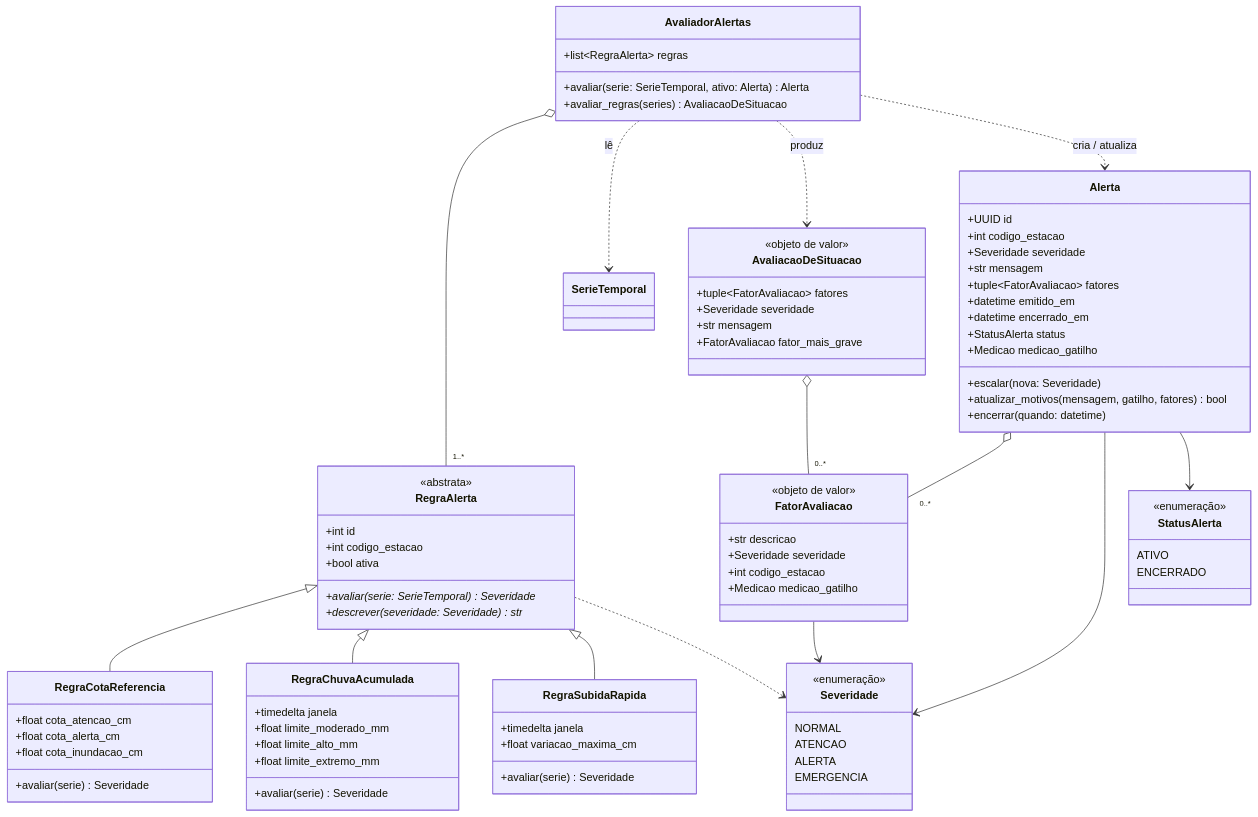
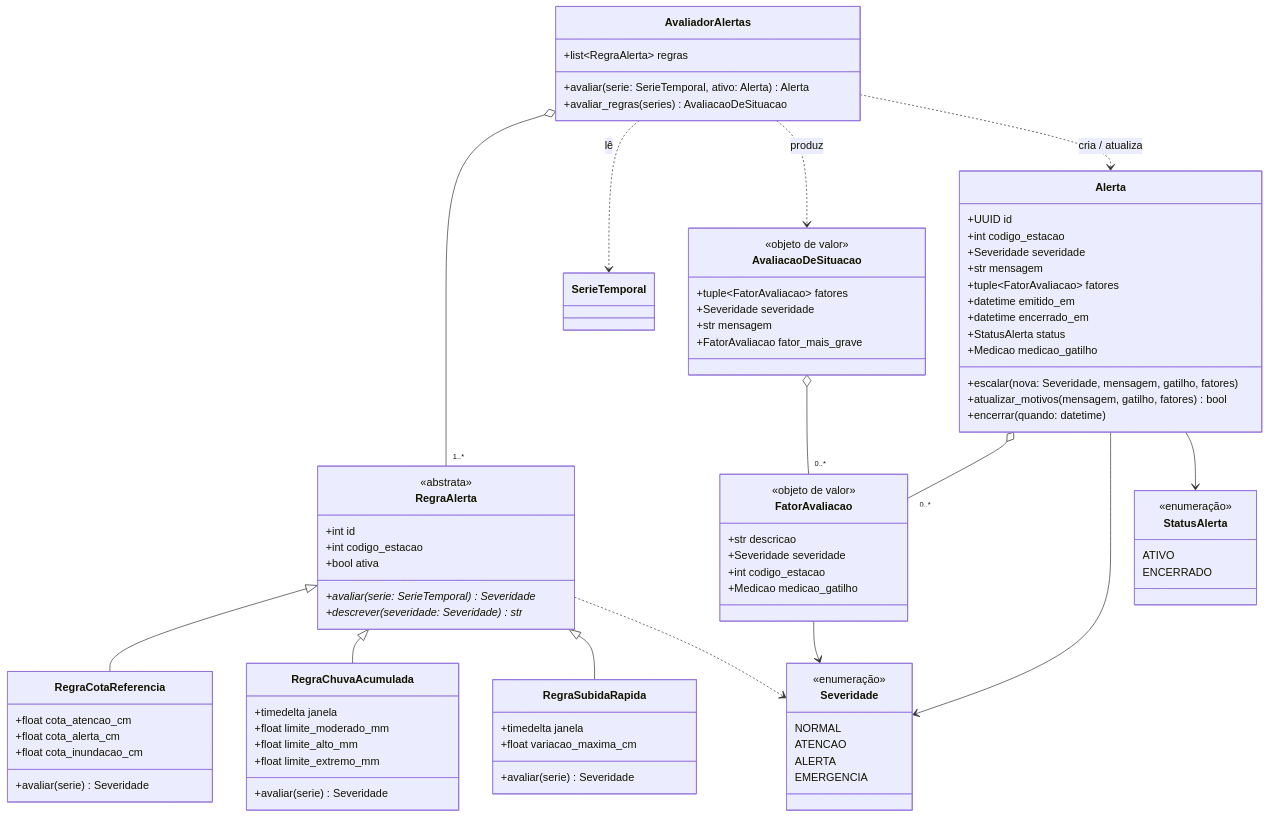
Before and after one commit to Software-Engineering-USP/MAC0413-TaPoo: the fourth of 7 diagrams in docs/diagramas-de-classe-ana.md, drawn with Mermaid. The commit also changed 4 other files, not shown here.

```diff
--- a/docs/diagramas-de-classe-ana.md
+++ b/docs/diagramas-de-classe-ana.md
@@ -266,7 +266,7 @@
       +datetime encerrado_em
       +StatusAlerta status
       +Medicao medicao_gatilho
-      +escalar(nova: Severidade)
+      +escalar(nova: Severidade, mensagem, gatilho, fatores)
       +atualizar_motivos(mensagem, gatilho, fatores) bool
       +encerrar(quando: datetime)
     }
```
